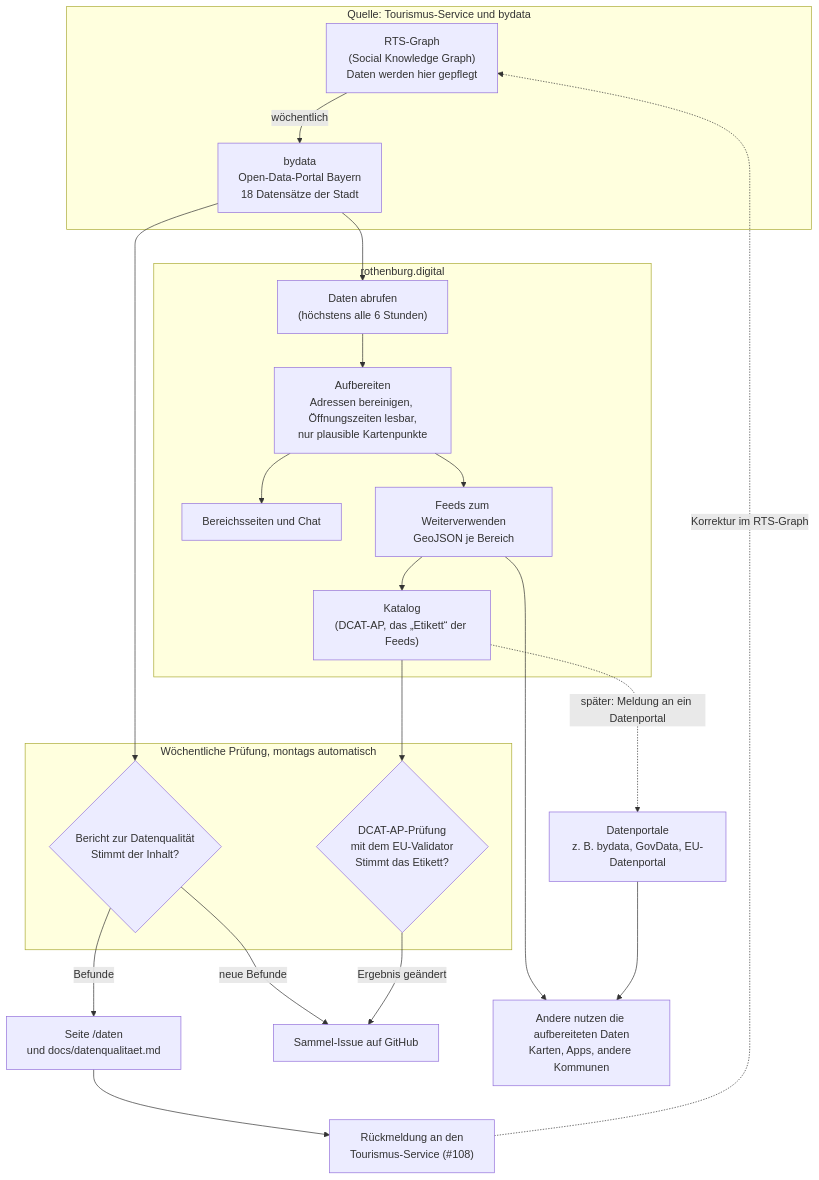
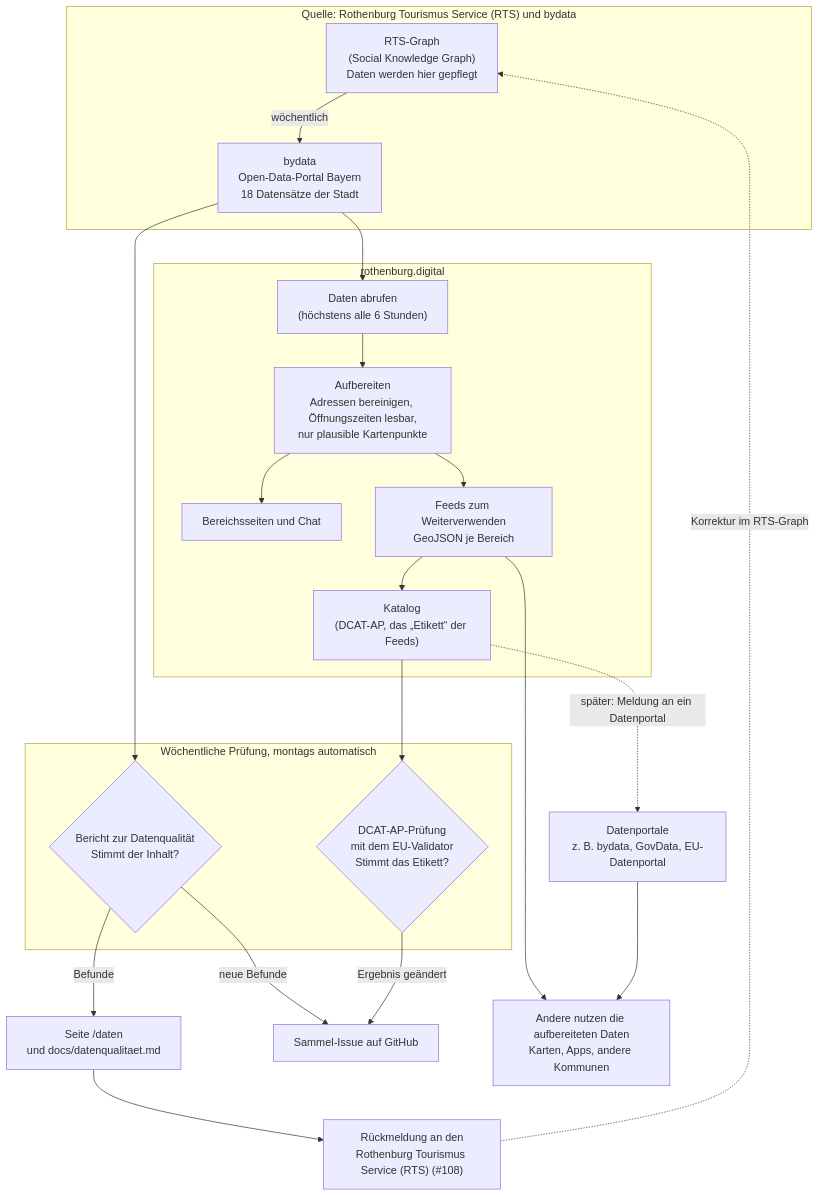
One commit to alexschnapper/rothenburg-digital changed the diagram in docs/datenfluss.md. Above: the diagram before and after it, drawn with Mermaid. The commit also changed other lines of this file and 20 other files, not shown here.

````diff
--- a/docs/datenfluss.md
+++ b/docs/datenfluss.md
@@ -19,39 +19,39 @@
 ```mermaid
 flowchart TD
-    subgraph Quelle["Quelle: Tourismus-Service und bydata"]
-        RTS["RTS-Graph<br/>(Social Knowledge Graph)<br/>Daten werden hier gepflegt"]
+    subgraph Quelle["Quelle: Rothenburg Tourismus Service (RTS) und bydata"]
+        GRAPH["RTS-Graph<br/>(Social Knowledge Graph)<br/>Daten werden hier gepflegt"]
         BY["bydata<br/>Open-Data-Portal Bayern<br/>18 Datensätze der Stadt"]
-        RTS -- "wöchentlich" --> BY
+        GRAPH -- "wöchentlich" --> BY
     end
 
     subgraph RD["rothenburg.digital"]
         LADEN["Daten abrufen<br/>(höchstens alle 6 Stunden)"]
         AUF["Aufbereiten<br/>Adressen bereinigen, Öffnungszeiten lesbar,<br/>nur plausible Kartenpunkte"]
         SEITEN["Bereichsseiten und Chat"]
         FEEDS["Feeds zum Weiterverwenden<br/>GeoJSON je Bereich"]
         KAT["Katalog<br/>(DCAT-AP, das „Etikett“ der Feeds)"]
         LADEN --> AUF
         AUF --> SEITEN
         AUF --> FEEDS
         FEEDS --> KAT
     end
 
     subgraph Pruefung["Wöchentliche Prüfung, montags automatisch"]
         DQ{"Bericht zur Datenqualität<br/>Stimmt der Inhalt?"}
         DCAT{"DCAT-AP-Prüfung<br/>mit dem EU-Validator<br/>Stimmt das Etikett?"}
     end
 
     BY --> LADEN
     BY --> DQ
     KAT --> DCAT
 
     DQ -- "Befunde" --> DATEN["Seite /daten<br/>und docs/datenqualitaet.md"]
     DQ -- "neue Befunde" --> ISSUE["Sammel-Issue auf GitHub"]
     DCAT -- "Ergebnis geändert" --> ISSUE
-    DATEN --> RUECK["Rückmeldung an den<br/>Tourismus-Service (#108)"]
-    RUECK -. "Korrektur im RTS-Graph" .-> RTS
+    DATEN --> RUECK["Rückmeldung an den<br/>Rothenburg Tourismus Service (RTS) (#108)"]
+    RUECK -. "Korrektur im RTS-Graph" .-> GRAPH
 
     KAT -. "später: Meldung an ein Datenportal" .-> PORTAL["Datenportale<br/>z. B. bydata, GovData, EU-Datenportal"]
     FEEDS --> NUTZ["Andere nutzen die aufbereiteten Daten<br/>Karten, Apps, andere Kommunen"]
     PORTAL --> NUTZ
 ```
````
